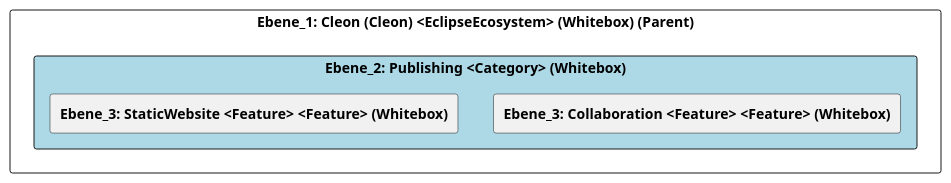
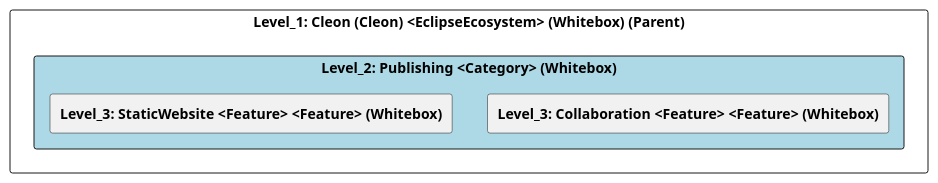
The diagram in doc/cleonproject_deliverables_architecture_model_architecture/adoc/de/05_bausteinsicht/cleon/publishing/ebene_2_publishing.adoc (marcozwyssig/cleon), drawn with PlantUML before and after one commit. The commit also changed other lines of this file and 83 other files, not shown here.

```diff
--- a/doc/cleonproject_deliverables_architecture_model_architecture/adoc/de/05_bausteinsicht/cleon/publishing/ebene_2_publishing.adoc
+++ b/doc/cleonproject_deliverables_architecture_model_architecture/adoc/de/05_bausteinsicht/cleon/publishing/ebene_2_publishing.adoc
@@ -21,25 +21,25 @@
-[plantuml, Ebene_2: Publishing <Category> (Whitebox)BlockOverview, format="svg"]
+[plantuml, Level_2: Publishing <Category> (Whitebox)BlockOverview, format="svg"]
 ----
-@startuml Ebene_2: Publishing <Category> (Whitebox)BuildingBlockOverview
+@startuml Level_2: Publishing <Category> (Whitebox)BuildingBlockOverview
 
 skinparam ranksep 10
 skinparam componentStyle rectangle
 skinparam shadowing false
 skinparam arrowColor lightblue
 skinparam arrowThickness 1.2
 skinparam rectangle {
   BackgroundColor White
   BorderColor #333
   RoundCorner 10
 }
 top to bottom direction
 
-component "Ebene_1: Cleon (Cleon) <EclipseEcosystem> (Whitebox) (Parent)" {
-    component "Ebene_2: Publishing <Category> (Whitebox)" #lightblue {
-        [**Ebene_3: Collaboration <Feature> <Feature> (Whitebox)**] as 4905581B_D579_11EE_903E_9F564E4DE07E
-        [**Ebene_3: StaticWebsite <Feature> <Feature> (Whitebox)**] as 49057F34_D579_11EE_903E_9F564E4DE07E
+component "Level_1: Cleon (Cleon) <EclipseEcosystem> (Whitebox) (Parent)" {
+    component "Level_2: Publishing <Category> (Whitebox)" #lightblue {
+        [**Level_3: Collaboration <Feature> <Feature> (Whitebox)**] as 4905581B_D579_11EE_903E_9F564E4DE07E
+        [**Level_3: StaticWebsite <Feature> <Feature> (Whitebox)**] as 49057F34_D579_11EE_903E_9F564E4DE07E
     }
 }
 
 @enduml
 ----
```
